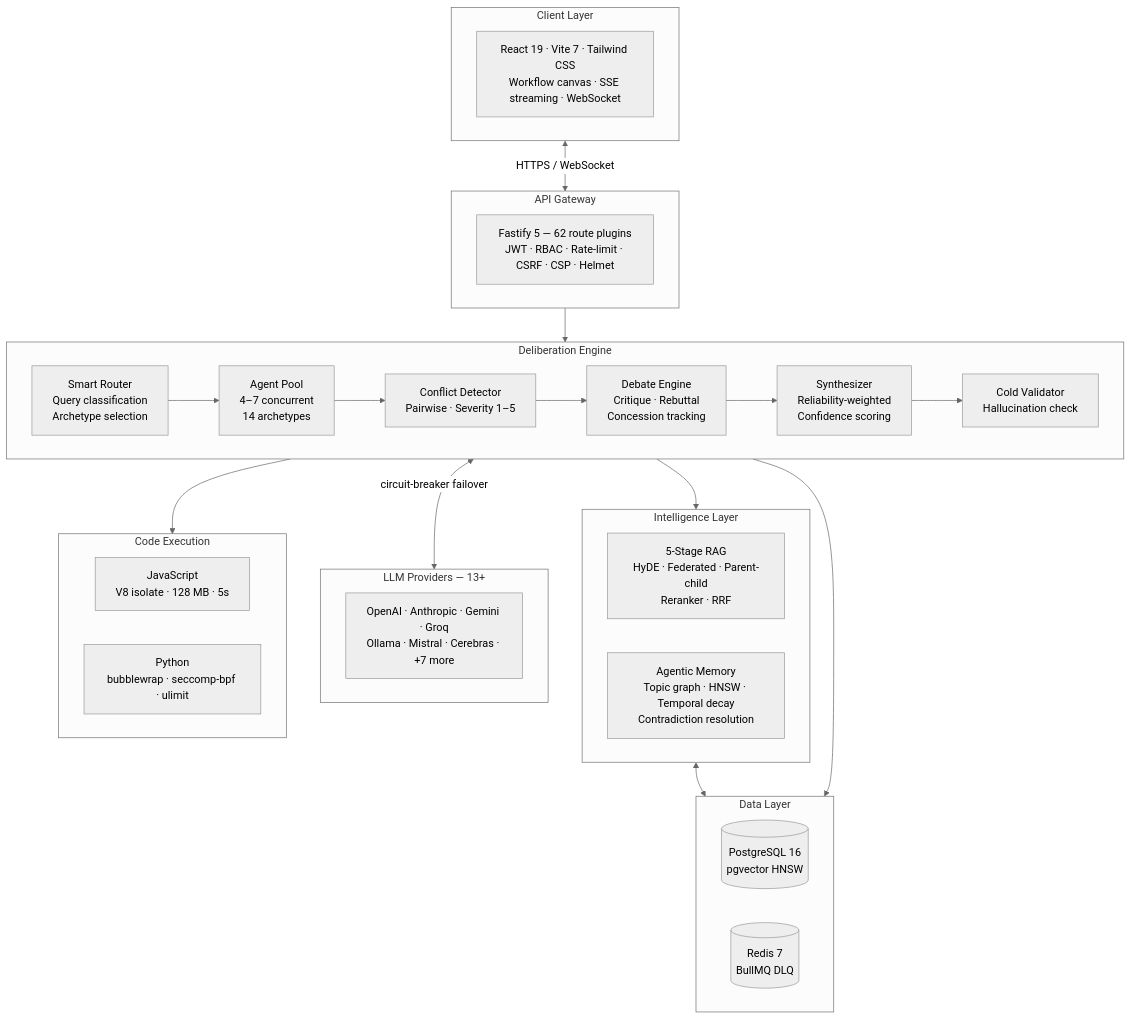
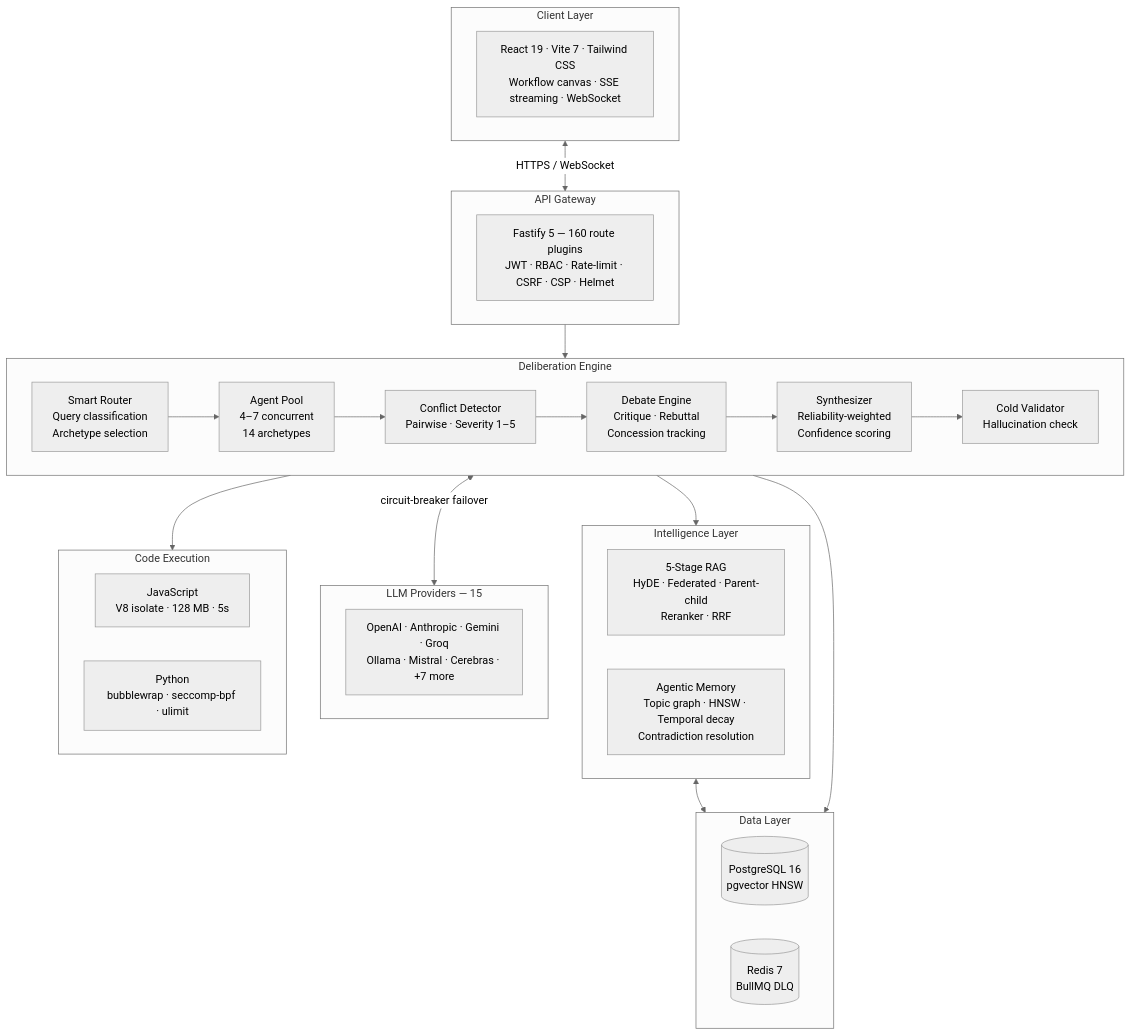
Before and after one commit to Yash-Awasthi/Judica: the second of 2 diagrams in README.md, drawn with Mermaid (neutral theme). The commit also changed other lines of this file and 8 other files, not shown here.

````diff
--- a/README.md
+++ b/README.md
@@ -104,46 +104,46 @@
 ```mermaid
 flowchart TB
     subgraph Client["Client Layer"]
         FE["React 19 · Vite 7 · Tailwind CSS\nWorkflow canvas · SSE streaming · WebSocket"]
     end
 
     subgraph Gateway["API Gateway"]
-        GW["Fastify 5 — 62 route plugins\nJWT · RBAC · Rate-limit · CSRF · CSP · Helmet"]
+        GW["Fastify 5 — 160 route plugins\nJWT · RBAC · Rate-limit · CSRF · CSP · Helmet"]
     end
 
     subgraph Engine["Deliberation Engine"]
         direction LR
         RT["Smart Router\nQuery classification\nArchetype selection"] --> AG["Agent Pool\n4–7 concurrent\n14 archetypes"]
         AG --> CD["Conflict Detector\nPairwise · Severity 1–5"]
         CD --> DE["Debate Engine\nCritique · Rebuttal\nConcession tracking"]
         DE --> SY["Synthesizer\nReliability-weighted\nConfidence scoring"]
         SY --> CV["Cold Validator\nHallucination check"]
     end
 
     subgraph Intel["Intelligence Layer"]
         RAG["5-Stage RAG\nHyDE · Federated · Parent-child\nReranker · RRF"]
         MEM["Agentic Memory\nTopic graph · HNSW · Temporal decay\nContradiction resolution"]
     end
 
-    subgraph Providers["LLM Providers — 13+"]
+    subgraph Providers["LLM Providers — 15"]
         P["OpenAI · Anthropic · Gemini · Groq\nOllama · Mistral · Cerebras · +7 more"]
     end
 
     subgraph Data["Data Layer"]
         PG[("PostgreSQL 16\npgvector HNSW")]
         RD[("Redis 7\nBullMQ DLQ")]
     end
 
     subgraph Sandbox["Code Execution"]
         JS["JavaScript\nV8 isolate · 128 MB · 5s"]
         PY["Python\nbubblewrap · seccomp-bpf · ulimit"]
     end
 
     Client <-->|HTTPS / WebSocket| Gateway
     Gateway --> Engine
     Engine --> Intel
     Engine <-->|circuit-breaker failover| Providers
     Intel <--> Data
     Engine --> Sandbox
     Engine --> Data
 ```
````
